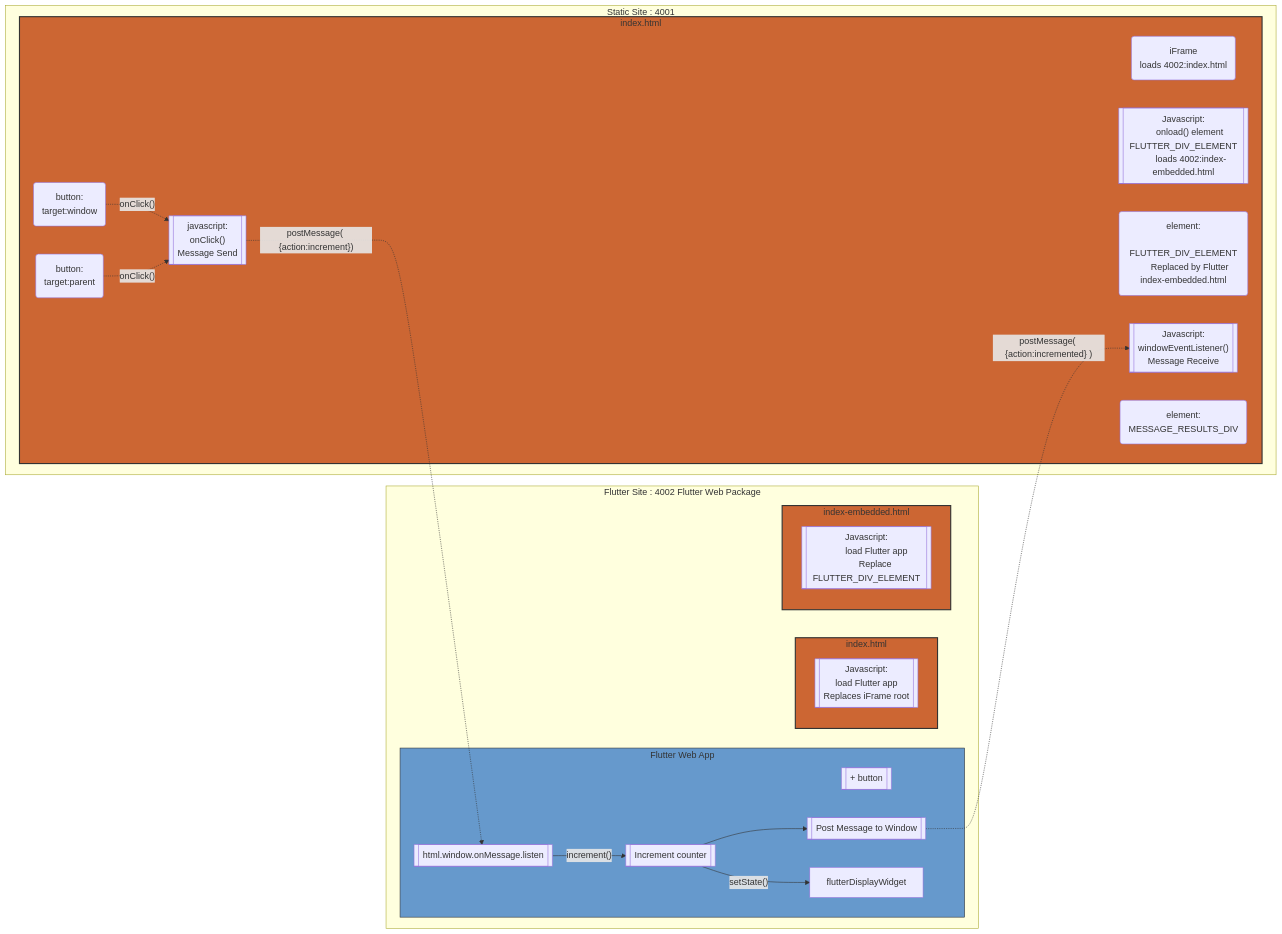
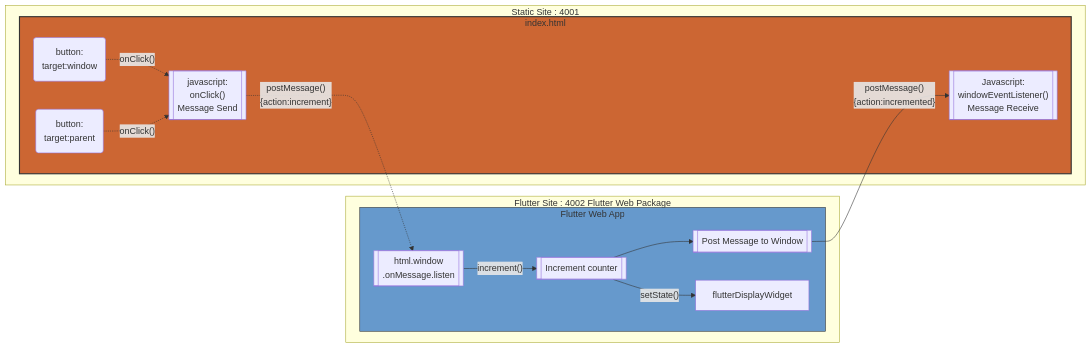
One commit to freemansoft/flutter-embedded changed the fourth of 4 diagrams in README.md. Above: the diagram before and after it, drawn with Mermaid. The commit also changed other lines of this file, not shown here.

````diff
--- a/README.md
+++ b/README.md
@@ -227,69 +186,49 @@
 ```mermaid
 graph LR;
   subgraph 4001[Static Site : 4001]
     subgraph staticIndex[index.html]
-      iFrame("iFrame
-      loads 4002:index.html")
-
-      javascriptElementLoad[["Javascript:
-      onload() element FLUTTER_DIV_ELEMENT
-      loads 4002:index-embedded.html"]]
-
-      htmlElementDiv("element:
-      FLUTTER_DIV_ELEMENT
-      Replaced by Flutter index-embedded.html")
 
       javascriptButton1("button:
       target:window")
       javascriptButton2("button:
       target:parent")
       javascriptMessagePost[["javascript:
       onClick()
       Message Send"]]
 
       javascriptWindowEventListener[["Javascript:
       windowEventListener()
       Message Receive"]]
-      htmlElementMessage("element:
-      MESSAGE_RESULTS_DIV")
     end
   end
 
   subgraph 4002[Flutter Site : 4002 Flutter Web Package]
       subgraph flutter[Flutter Web App]
-        flutterButtonPlus[["+ button"]]
         flutterPostMessage[["Post Message to Window"]]
         flutterCounter[[Increment counter]]
         flutterDisplayWidget
-        flutterOnMessage[["html.window.onMessage.listen"]]
-      end
-     subgraph flutterIndex[index.html]
-        flutterIndexLoad[["Javascript:
-        load Flutter app
-        Replaces iFrame root"]]
-      end
-      subgraph flutterIndexEmbedded[index-embedded.html]
-        flutterIndexLoadEmbedded[["Javascript:
-        load Flutter app
-        Replace FLUTTER_DIV_ELEMENT"]]
+        flutterOnMessage[["html.window
+        .onMessage.listen"]]
       end
    end
 
 
-  javascriptButton1 -."onClick()".-> javascriptMessagePost
-  javascriptButton2 -."onClick()".-> javascriptMessagePost
-  javascriptMessagePost -.postMessage( {action:increment}).->flutterOnMessage
-  flutterOnMessage--"increment()"-->flutterCounter
+  javascriptButton1 -.-> |"onClick()"| javascriptMessagePost
+  javascriptButton2 -.->|"onClick()"| javascriptMessagePost
+  javascriptMessagePost -.->|"postMessage()
+    {action:increment}"| flutterOnMessage
 
+  flutterOnMessage-->|"increment()"| flutterCounter
   flutterCounter-->flutterPostMessage
-  flutterCounter--setState()-->flutterDisplayWidget
+  flutterCounter-->|"setState()"| flutterDisplayWidget
 
-  flutterPostMessage-.postMessage( {action:incremented} ).->javascriptWindowEventListener
+  flutterPostMessage-->|"postMessage()
+    {action:incremented}"| javascriptWindowEventListener
 
 
   classDef orange fill:#c63,stroke:#333,stroke-width:2px;
   classDef blue fill:#69c,stroke:#333,strong-width:2px;
   class staticIndex,flutterIndex,flutterIndexEmbedded orange
   class flutter blue
 
 ```
````
